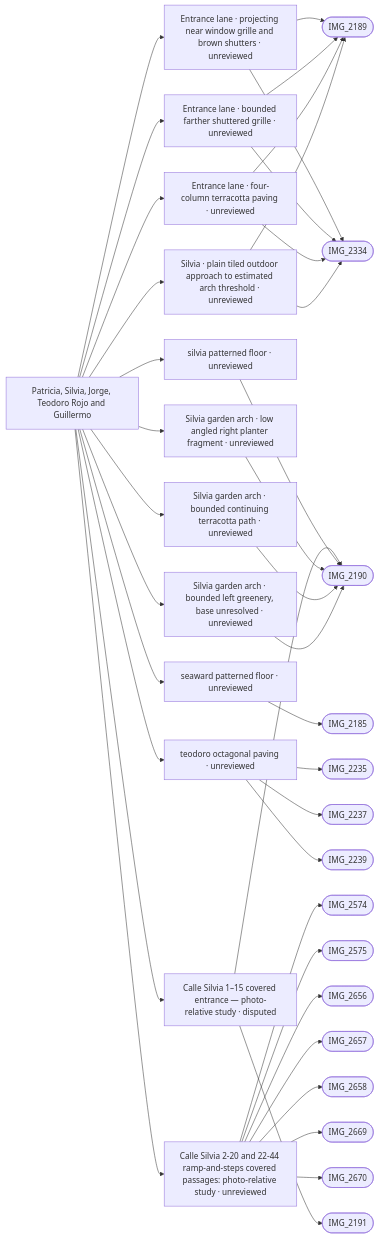
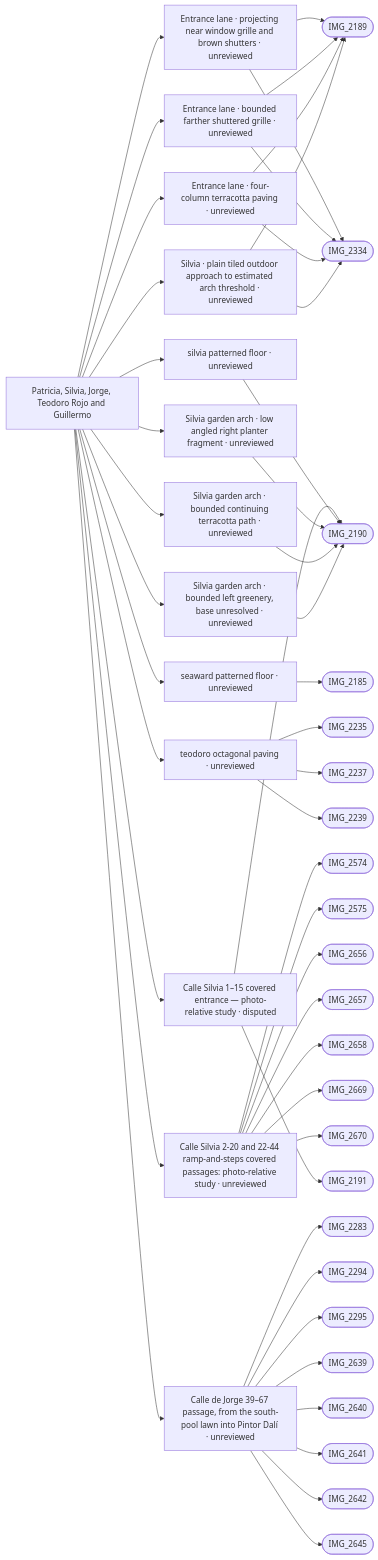
One commit to daveyboyc/villacana-venture changed the diagram in refs/areas/seaward-lanes.md. Above: the diagram before and after it, drawn with Mermaid. The commit also changed other lines of this file and 35 other files, not shown here.

First line of the commit message:
Open the south-pool passage into Pintor Dalí.

````diff
--- a/refs/areas/seaward-lanes.md
+++ b/refs/areas/seaward-lanes.md
@@ -59,41 +59,50 @@
 ```mermaid
 graph LR
   A["Patricia, Silvia, Jorge, Teodoro Rojo and Guillermo"]
   A --> F0["Silvia garden arch · bounded left greenery, base unresolved · unreviewed"]
   F0 --> PIMG_2190_jpg(["IMG_2190"])
   A --> F1["Silvia garden arch · bounded continuing terracotta path · unreviewed"]
   F1 --> PIMG_2190_jpg(["IMG_2190"])
   A --> F2["Silvia garden arch · low angled right planter fragment · unreviewed"]
   F2 --> PIMG_2190_jpg(["IMG_2190"])
   A --> F3["Silvia · plain tiled outdoor approach to estimated arch threshold · unreviewed"]
   F3 --> PIMG_2189_jpg(["IMG_2189"])
   F3 --> PIMG_2334_jpg(["IMG_2334"])
   A --> F4["Entrance lane · four-column terracotta paving · unreviewed"]
   F4 --> PIMG_2189_jpg(["IMG_2189"])
   F4 --> PIMG_2334_jpg(["IMG_2334"])
   A --> F5["Entrance lane · bounded farther shuttered grille · unreviewed"]
   F5 --> PIMG_2189_jpg(["IMG_2189"])
   F5 --> PIMG_2334_jpg(["IMG_2334"])
   A --> F6["Entrance lane · projecting near window grille and brown shutters · unreviewed"]
   F6 --> PIMG_2189_jpg(["IMG_2189"])
   F6 --> PIMG_2334_jpg(["IMG_2334"])
   A --> F7["seaward patterned floor · unreviewed"]
   F7 --> PIMG_2185_jpg(["IMG_2185"])
   A --> F8["silvia patterned floor · unreviewed"]
   F8 --> PIMG_2190_jpg(["IMG_2190"])
   A --> F9["teodoro octagonal paving · unreviewed"]
   F9 --> PIMG_2235_jpg(["IMG_2235"])
   F9 --> PIMG_2237_jpg(["IMG_2237"])
   F9 --> PIMG_2239_jpg(["IMG_2239"])
   A --> F10["Calle Silvia 2-20 and 22-44 ramp-and-steps covered passages: photo-relative study · unreviewed"]
   F10 --> PIMG_2574_jpg(["IMG_2574"])
   F10 --> PIMG_2575_jpg(["IMG_2575"])
   F10 --> PIMG_2656_jpg(["IMG_2656"])
   F10 --> PIMG_2657_jpg(["IMG_2657"])
   F10 --> PIMG_2658_jpg(["IMG_2658"])
   F10 --> PIMG_2669_jpg(["IMG_2669"])
   F10 --> PIMG_2670_jpg(["IMG_2670"])
   A --> F11["Calle Silvia 1–15 covered entrance — photo-relative study · disputed"]
   F11 --> PIMG_2190_jpg(["IMG_2190"])
   F11 --> PIMG_2191_jpg(["IMG_2191"])
+  A --> F12["Calle de Jorge 39–67 passage, from the south-pool lawn into Pintor Dalí · unreviewed"]
+  F12 --> PIMG_2283_jpg(["IMG_2283"])
+  F12 --> PIMG_2294_jpg(["IMG_2294"])
+  F12 --> PIMG_2295_jpg(["IMG_2295"])
+  F12 --> PIMG_2639_jpg(["IMG_2639"])
+  F12 --> PIMG_2640_jpg(["IMG_2640"])
+  F12 --> PIMG_2641_jpg(["IMG_2641"])
+  F12 --> PIMG_2642_jpg(["IMG_2642"])
+  F12 --> PIMG_2645_jpg(["IMG_2645"])
 ```
````
